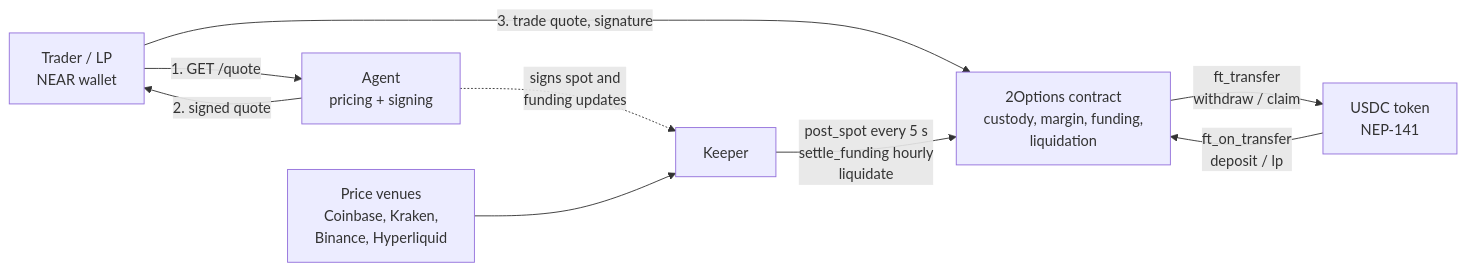
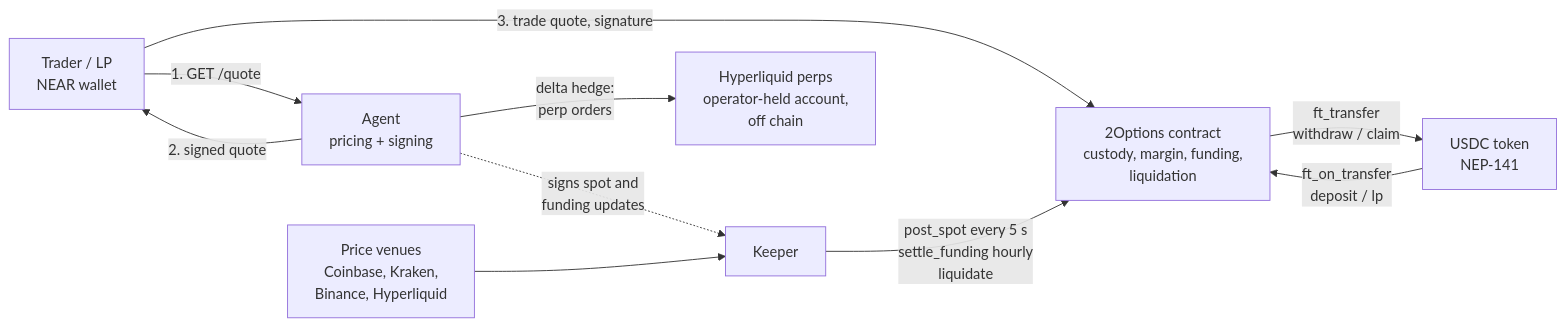
One commit to Aditya-dom/2options changed the diagram in README.md. Above: the diagram before and after it, drawn with Mermaid. The commit also changed other lines of this file and 4 other files, not shown here.

````diff
--- a/README.md
+++ b/README.md
@@ -43,11 +43,12 @@
 ```mermaid
 flowchart LR
     T[Trader / LP<br/>NEAR wallet] -->|1. GET /quote| A
     A[Agent<br/>pricing + signing] -->|2. signed quote| T
     T -->|3. trade quote, signature| C
     U[USDC token<br/>NEP-141] -->|ft_on_transfer<br/>deposit / lp| C
     C[2Options contract<br/>custody, margin, funding,<br/>liquidation] -->|ft_transfer<br/>withdraw / claim| U
     K[Keeper] -->|post_spot every 5 s<br/>settle_funding hourly<br/>liquidate| C
     A -. signs spot and<br/>funding updates .-> K
     V[Price venues<br/>Coinbase, Kraken,<br/>Binance, Hyperliquid] --> K
+    A -->|delta hedge:<br/>perp orders| H[Hyperliquid perps<br/>operator-held account,<br/>off chain]
 ```
````
